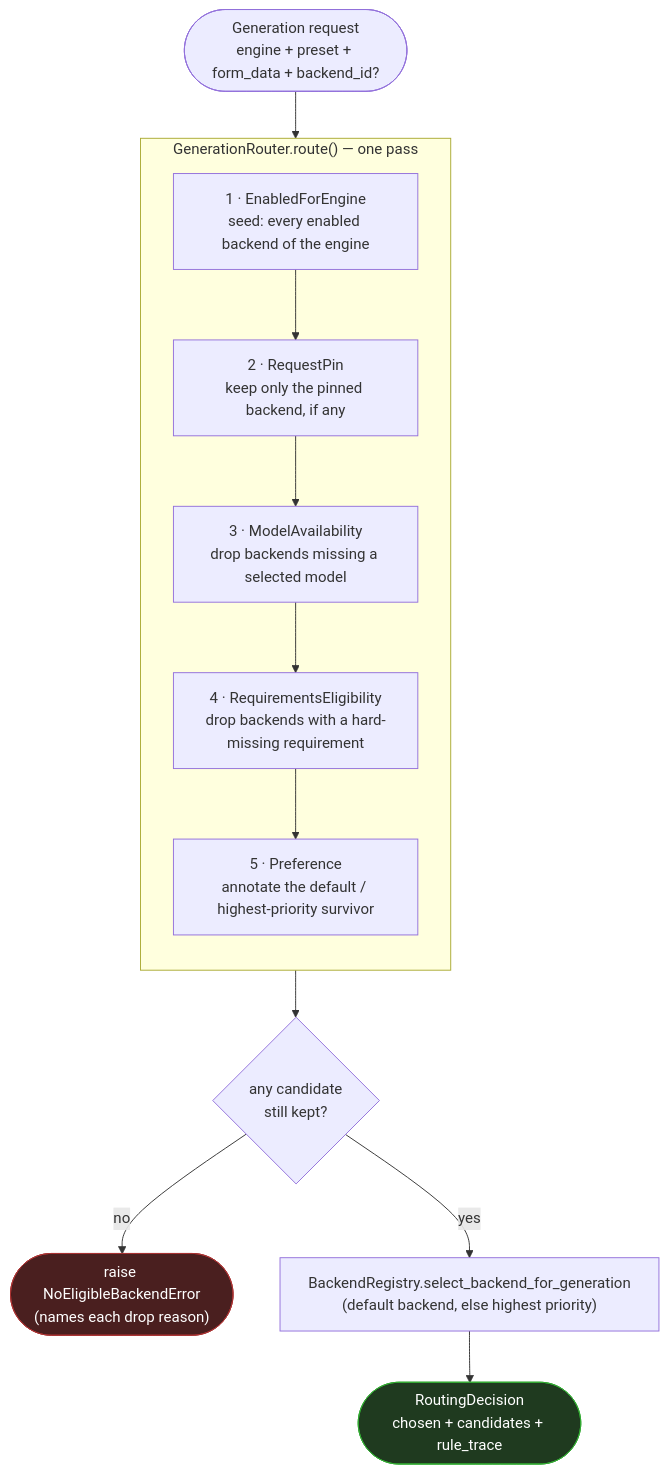
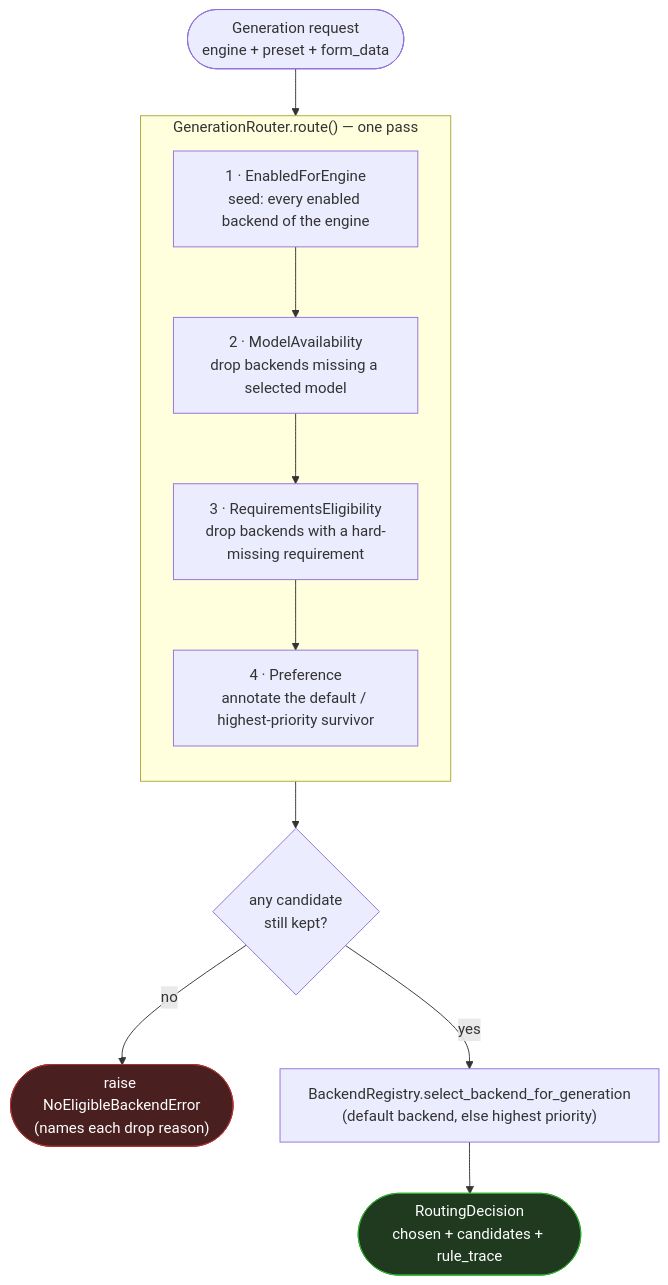
Before and after one commit to PotionUI/PotionUI: the first of 2 diagrams in docs/generation-routing.md, drawn with Mermaid. The commit also changed other lines of this file and 48 other files, not shown here.

Commit message:
Generation requests never name a backend: the Generate-page backend picker, the request-level backend_id pin, the RequestPin routing rule and the history re-run pin are removed; the backend is always the router's decision

````diff
--- a/docs/generation-routing.md
+++ b/docs/generation-routing.md
@@ -28,22 +28,21 @@
 ```mermaid
 flowchart TD
-    Start(["Generation request\nengine + preset + form_data + backend_id?"]) --> Seed
+    Start(["Generation request\nengine + preset + form_data"]) --> Seed
 
     subgraph Chain["GenerationRouter.route() — one pass"]
         direction TB
         Seed["1 · EnabledForEngine\nseed: every enabled backend of the engine"]
-        Pin["2 · RequestPin\nkeep only the pinned backend, if any"]
-        Avail["3 · ModelAvailability\ndrop backends missing a selected model"]
-        Req["4 · RequirementsEligibility\ndrop backends with a hard-missing requirement"]
-        Pref["5 · Preference\nannotate the default / highest-priority survivor"]
-        Seed --> Pin --> Avail --> Req --> Pref
+        Avail["2 · ModelAvailability\ndrop backends missing a selected model"]
+        Req["3 · RequirementsEligibility\ndrop backends with a hard-missing requirement"]
+        Pref["4 · Preference\nannotate the default / highest-priority survivor"]
+        Seed --> Avail --> Req --> Pref
     end
 
     Pref --> AnyLeft{"any candidate\nstill kept?"}
     AnyLeft -- "no" --> Fail(["raise NoEligibleBackendError\n(names each drop reason)"])
     AnyLeft -- "yes" --> Pick["BackendRegistry.select_backend_for_generation\n(default backend, else highest priority)"]
     Pick --> Decision(["RoutingDecision\nchosen + candidates + rule_trace"])
 
     style Fail fill:#4a1f1f,stroke:#a33,color:#fff
     style Decision fill:#1f3a1f,stroke:#3a3,color:#fff
 ```
````
